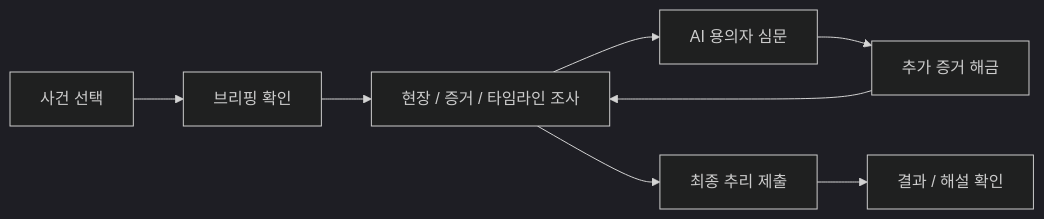
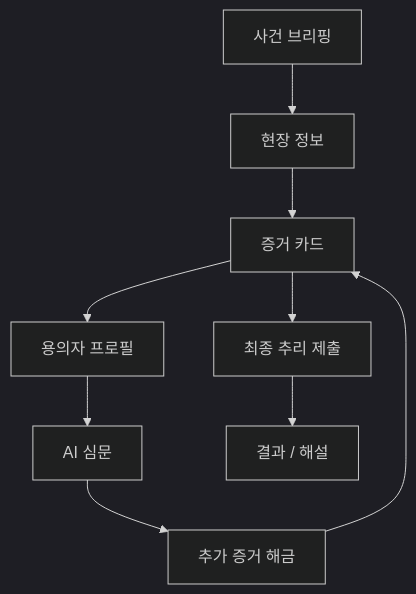
Before and after one commit to Final-Project-sixteam-company/.github: the first of 2 diagrams in profile/README.md, drawn with Mermaid (dark theme). The commit also changed other lines of this file, not shown here.

````diff
--- a/profile/README.md
+++ b/profile/README.md
@@ -26,10 +35,11 @@
 ```mermaid
-flowchart LR
-    A[사건 선택] --> B[브리핑 확인]
-    B --> C[현장 / 증거 / 타임라인 조사]
-    C --> D[AI 용의자 심문]
-    D --> E[추가 증거 해금]
-    E --> C
-    C --> F[최종 추리 제출]
-    F --> G[결과 / 해설 확인]
+flowchart TD
+    briefing[사건 브리핑] --> scene[현장 정보]
+    scene --> evidence[증거 카드]
+    evidence --> suspect[용의자 프로필]
+    suspect --> chat[AI 심문]
+    chat --> unlock[추가 증거 해금]
+    unlock --> evidence
+    evidence --> final[최종 추리 제출]
+    final --> result[결과 / 해설]
 ```
````
